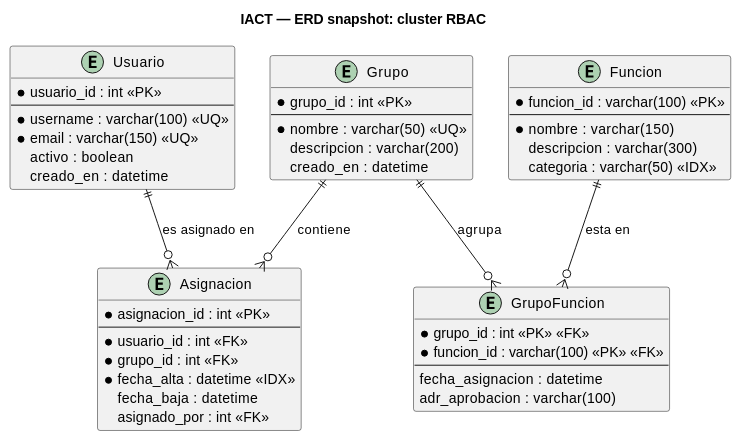
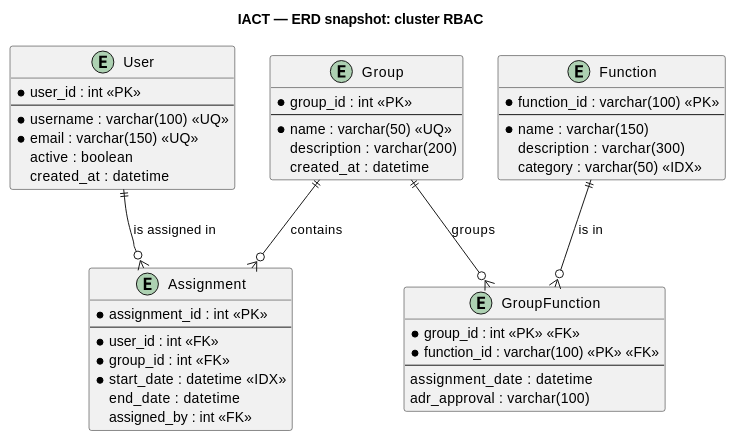
One commit to jcg-admin/IACT-docs changed the diagram in source/requisitos/_metodologia-aplicacion/analisis-dominio/ejemplo-iact-consolidado.rst. Above: the diagram before and after it, drawn with PlantUML. The commit also changed 21 other files, not shown here.

```diff
--- a/source/requisitos/_metodologia-aplicacion/analisis-dominio/ejemplo-iact-consolidado.rst
+++ b/source/requisitos/_metodologia-aplicacion/analisis-dominio/ejemplo-iact-consolidado.rst
@@ -7,53 +7,53 @@
 .. uml::
 
    @startuml
    title IACT — ERD snapshot: cluster RBAC
 
-   entity Usuario {
-     * usuario_id : int <<PK>>
+   entity User {
+     * user_id : int <<PK>>
      --
      * username : varchar(100) <<UQ>>
      * email : varchar(150) <<UQ>>
-     activo : boolean
-     creado_en : datetime
+     active : boolean
+     created_at : datetime
    }
 
-   entity Grupo {
-     * grupo_id : int <<PK>>
+   entity Group {
+     * group_id : int <<PK>>
      --
-     * nombre : varchar(50) <<UQ>>
-     descripcion : varchar(200)
-     creado_en : datetime
+     * name : varchar(50) <<UQ>>
+     description : varchar(200)
+     created_at : datetime
    }
 
-   entity Funcion {
-     * funcion_id : varchar(100) <<PK>>
+   entity Function {
+     * function_id : varchar(100) <<PK>>
      --
-     * nombre : varchar(150)
-     descripcion : varchar(300)
-     categoria : varchar(50) <<IDX>>
+     * name : varchar(150)
+     description : varchar(300)
+     category : varchar(50) <<IDX>>
    }
 
-   entity Asignacion {
-     * asignacion_id : int <<PK>>
+   entity Assignment {
+     * assignment_id : int <<PK>>
      --
-     * usuario_id : int <<FK>>
-     * grupo_id : int <<FK>>
-     * fecha_alta : datetime <<IDX>>
-     fecha_baja : datetime
-     asignado_por : int <<FK>>
+     * user_id : int <<FK>>
+     * group_id : int <<FK>>
+     * start_date : datetime <<IDX>>
+     end_date : datetime
+     assigned_by : int <<FK>>
    }
 
-   entity GrupoFuncion {
-     * grupo_id : int <<PK>> <<FK>>
-     * funcion_id : varchar(100) <<PK>> <<FK>>
+   entity GroupFunction {
+     * group_id : int <<PK>> <<FK>>
+     * function_id : varchar(100) <<PK>> <<FK>>
      --
-     fecha_asignacion : datetime
-     adr_aprobacion : varchar(100)
+     assignment_date : datetime
+     adr_approval : varchar(100)
    }
 
-   Usuario ||--o{ Asignacion : es asignado en
-   Grupo ||--o{ Asignacion : contiene
-   Grupo ||--o{ GrupoFuncion : agrupa
-   Funcion ||--o{ GrupoFuncion : esta en
+   User ||--o{ Assignment : is assigned in
+   Group ||--o{ Assignment : contains
+   Group ||--o{ GroupFunction : groups
+   Function ||--o{ GroupFunction : is in
    @enduml
```
